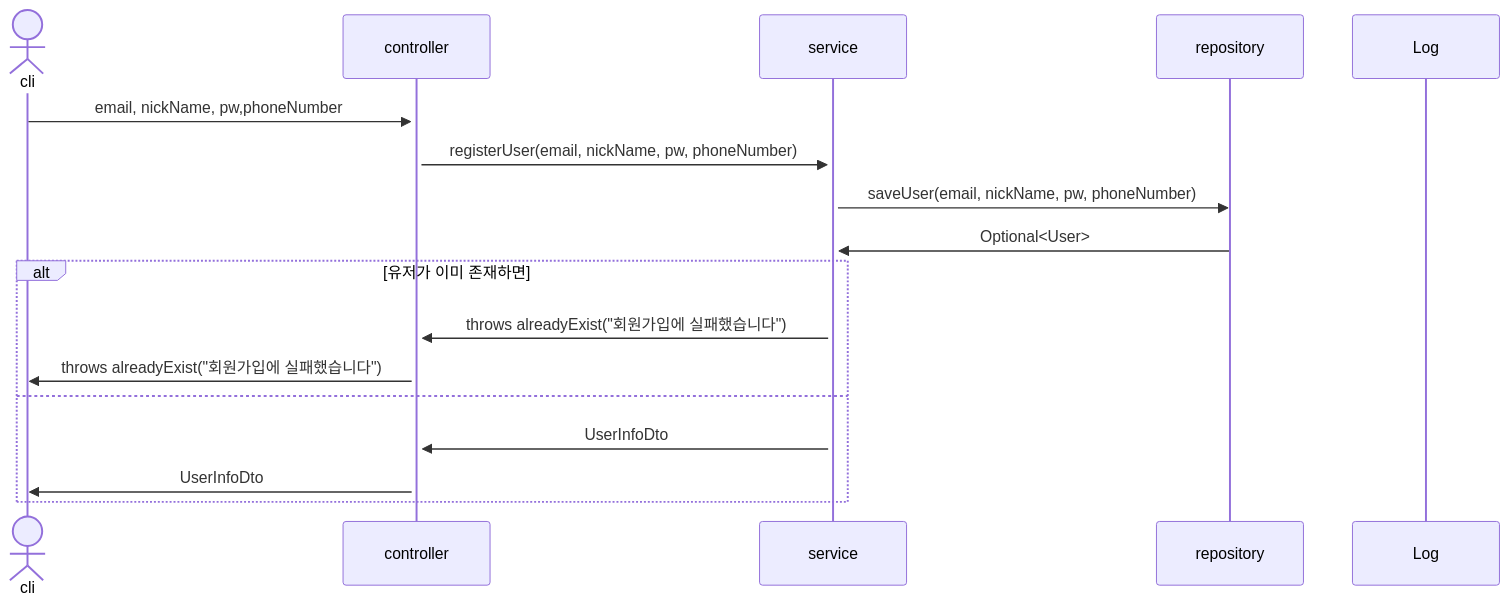
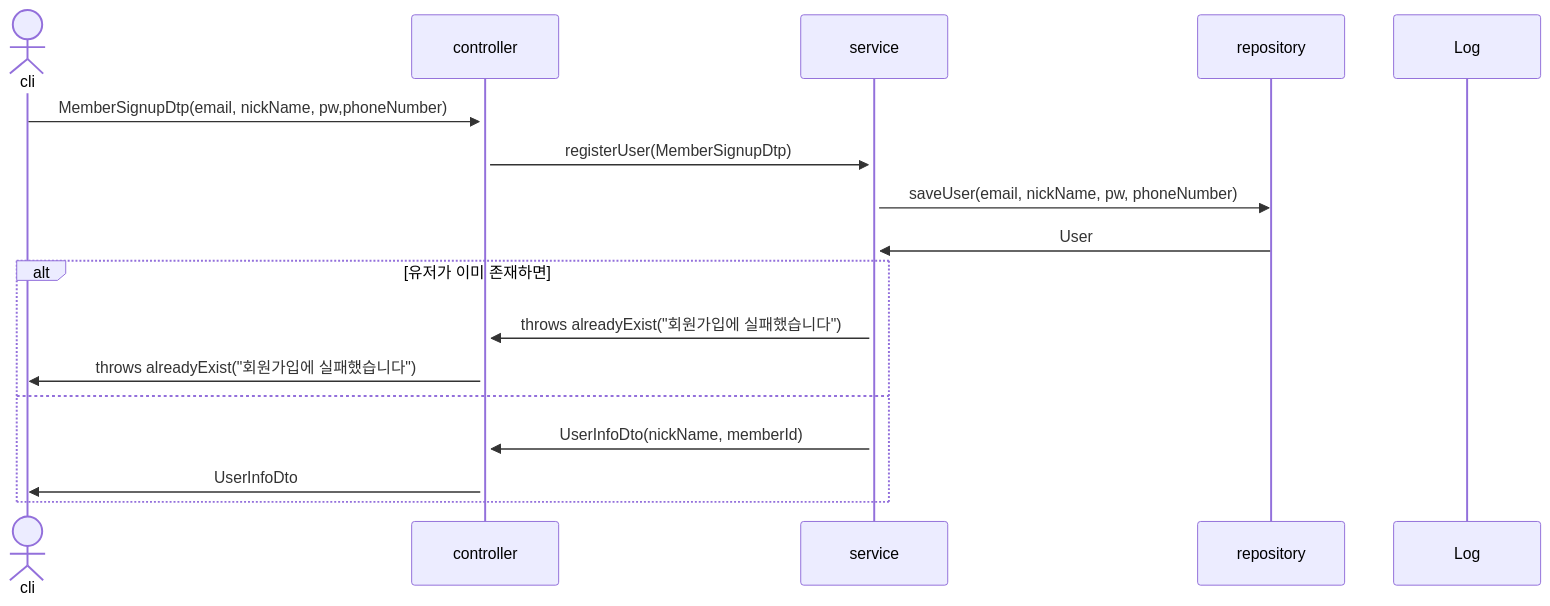
Before and after one commit to mtak0235/snsX: the third of 26 diagrams in sequence.md, drawn with Mermaid. The commit also changed 1 other file, not shown here.

Commit message:
update member register sequence diagram

````diff
--- a/sequence.md
+++ b/sequence.md
@@ -43,21 +43,21 @@
 ```mermaid
 sequenceDiagram
 actor cli
 participant c as controller
 participant s as service
 participant r as repository
 participant l as Log
 
-cli->>+c: email, nickName, pw,phoneNumber
-c->>+s: registerUser(email, nickName, pw, phoneNumber)
+cli->>+c: MemberSignupDtp(email, nickName, pw,phoneNumber)
+c->>+s: registerUser(MemberSignupDtp)
 s->>r: saveUser(email, nickName, pw, phoneNumber)
-r->>s: Optional<User>
+r->>s: User
 alt 유저가 이미 존재하면
 s->>c: throws alreadyExist("회원가입에 실패했습니다")
 c->>cli: throws alreadyExist("회원가입에 실패했습니다")
 else
-s->>c: UserInfoDto
+s->>c: UserInfoDto(nickName, memberId)
 c->>cli: UserInfoDto
 end
 
 ```
````
